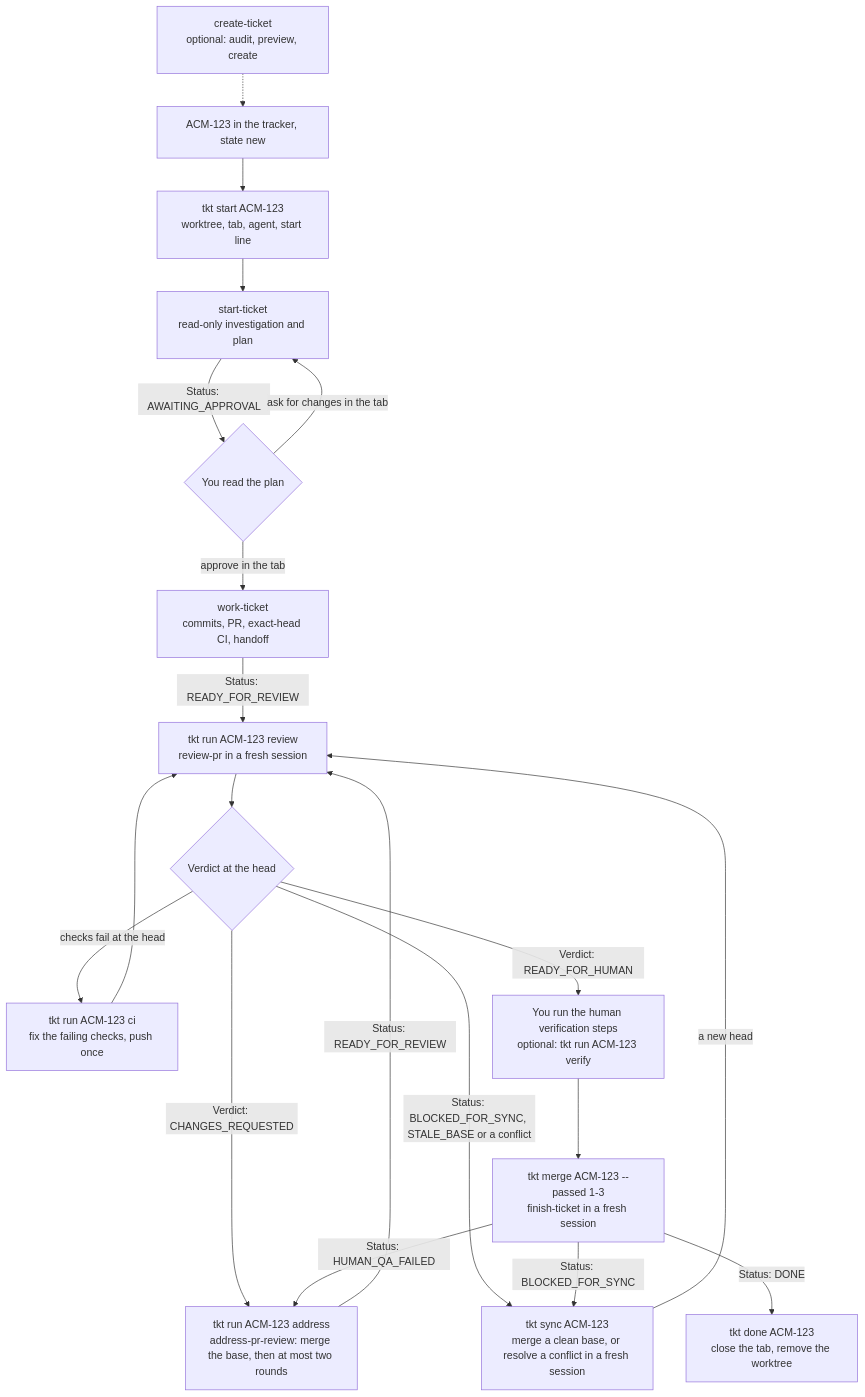
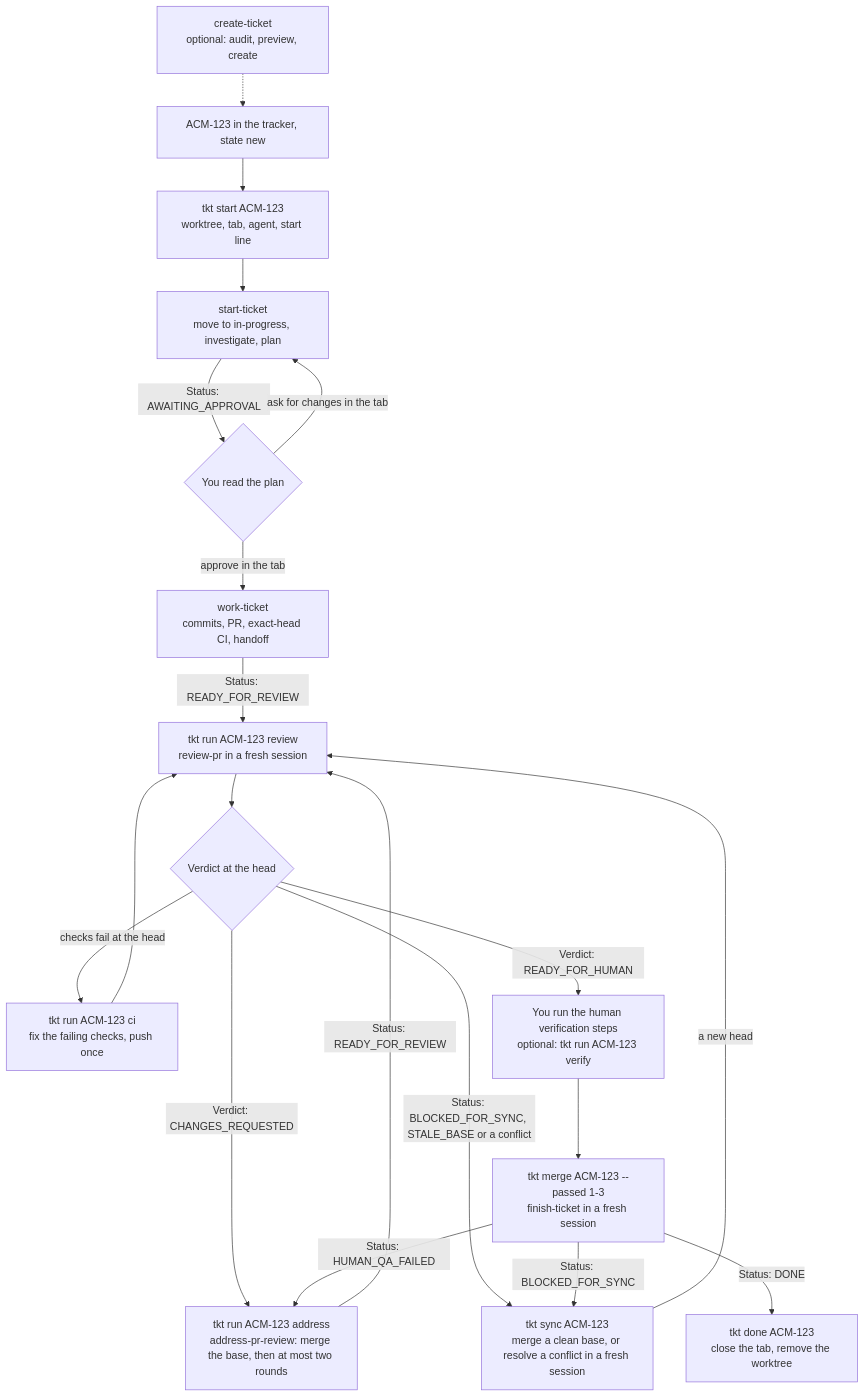
The second of 7 diagrams in docs/lifecycle.md (rogsme/tkt), drawn with Mermaid before and after one commit. The commit also changed other lines of this file and 4 other files, not shown here.

````diff
--- a/docs/lifecycle.md
+++ b/docs/lifecycle.md
@@ -59,37 +59,37 @@
 ```mermaid
 flowchart TD
   ticket[ACM-123 in the tracker, state new]
   ct[create-ticket<br/>optional: audit, preview, create]
   start[tkt start ACM-123<br/>worktree, tab, agent, start line]
-  st[start-ticket<br/>read-only investigation and plan]
+  st[start-ticket<br/>move to in-progress, investigate, plan]
   plan{You read the plan}
   wk[work-ticket<br/>commits, PR, exact-head CI, handoff]
   review[tkt run ACM-123 review<br/>review-pr in a fresh session]
   verdict{Verdict at the head}
   address[tkt run ACM-123 address<br/>address-pr-review: merge the base, then at most two rounds]
   sync[tkt sync ACM-123<br/>merge a clean base, or resolve a conflict in a fresh session]
   cifix[tkt run ACM-123 ci<br/>fix the failing checks, push once]
   human[You run the human verification steps<br/>optional: tkt run ACM-123 verify]
   merge[tkt merge ACM-123 --passed 1-3<br/>finish-ticket in a fresh session]
   done[tkt done ACM-123<br/>close the tab, remove the worktree]
 
   ct -.-> ticket
   ticket --> start
   start --> st
   st -->|Status: AWAITING_APPROVAL| plan
   plan -->|ask for changes in the tab| st
   plan -->|approve in the tab| wk
   wk -->|Status: READY_FOR_REVIEW| review
   review --> verdict
   verdict -->|Verdict: CHANGES_REQUESTED| address
   verdict -->|Status: BLOCKED_FOR_SYNC, STALE_BASE or a conflict| sync
   verdict -->|checks fail at the head| cifix
   verdict -->|Verdict: READY_FOR_HUMAN| human
   address -->|Status: READY_FOR_REVIEW| review
   sync -->|a new head| review
   cifix --> review
   human --> merge
   merge -->|Status: HUMAN_QA_FAILED| address
   merge -->|Status: BLOCKED_FOR_SYNC| sync
   merge -->|Status: DONE| done
 ```
````
